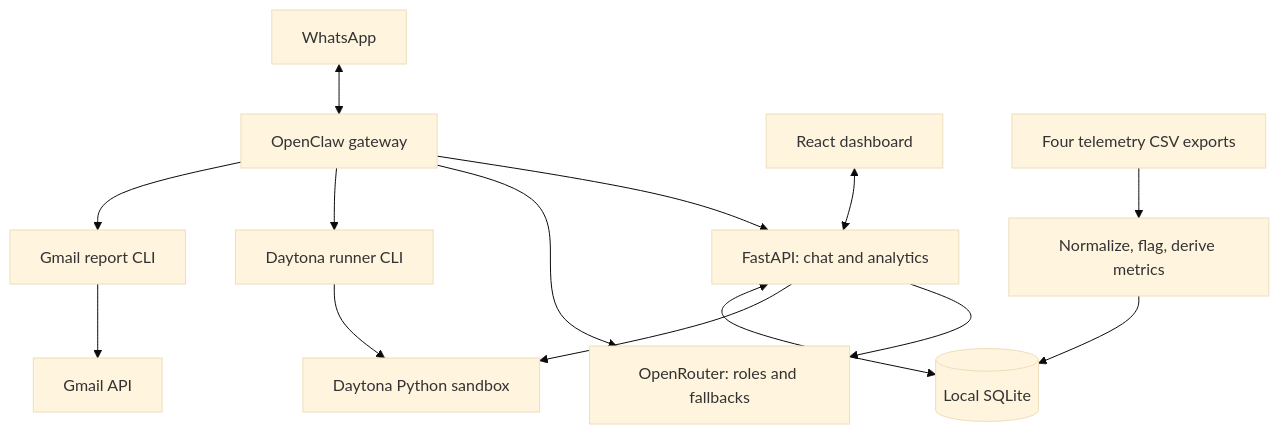
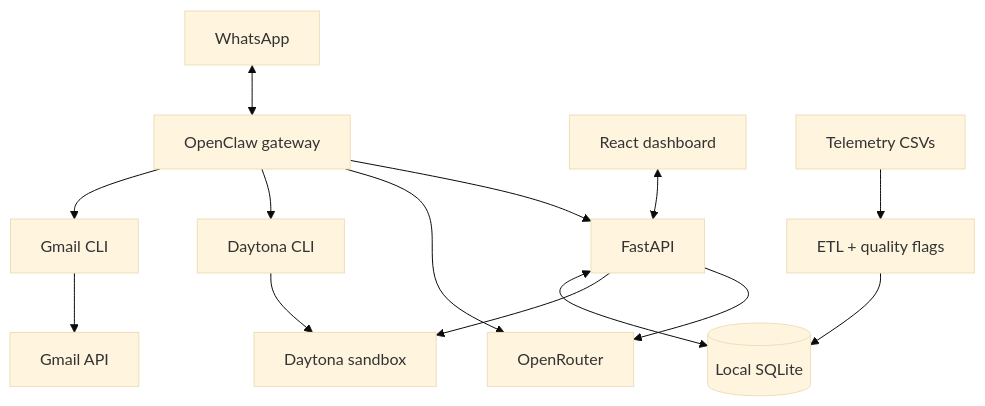
Before and after one commit to MrenXX/AquaMind: the diagram in README.md, drawn with Mermaid (base theme).

Commit message:
Keep the architecture overview readable at README width

````diff
--- a/README.md
+++ b/README.md
@@ -9,16 +9,16 @@
 ```mermaid
 flowchart TB
     WA[WhatsApp] <--> OC[OpenClaw gateway]
-    UI[React dashboard] <--> API[FastAPI: chat and analytics]
+    UI[React dashboard] <--> API[FastAPI]
     OC --> API
-    OC --> OR[OpenRouter: roles and fallbacks]
+    OC --> OR[OpenRouter]
     API --> OR
-    OC --> RUN[Daytona runner CLI]
-    RUN --> DT[Daytona Python sandbox]
+    OC --> RUN[Daytona CLI]
+    RUN --> DT[Daytona sandbox]
     API --> DT
-    OC --> MAIL[Gmail report CLI]
+    OC --> MAIL[Gmail CLI]
     MAIL --> GMAIL[Gmail API]
-    CSV[Four telemetry CSV exports] --> ETL[Normalize, flag, derive metrics]
+    CSV[Telemetry CSVs] --> ETL[ETL + quality flags]
     ETL --> DB[(Local SQLite)]
     API <--> DB
 ```
````
